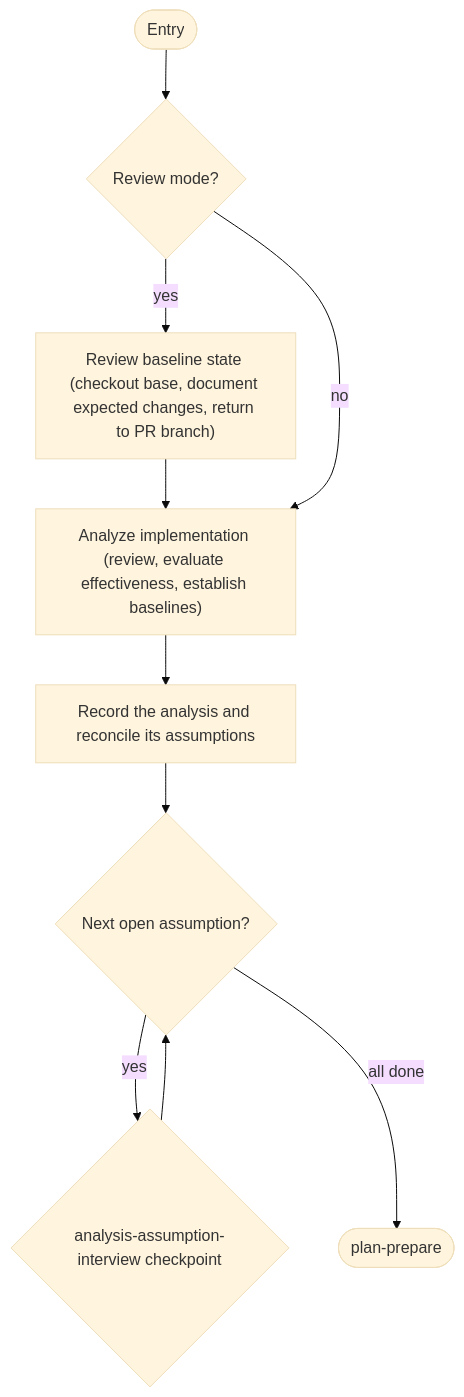
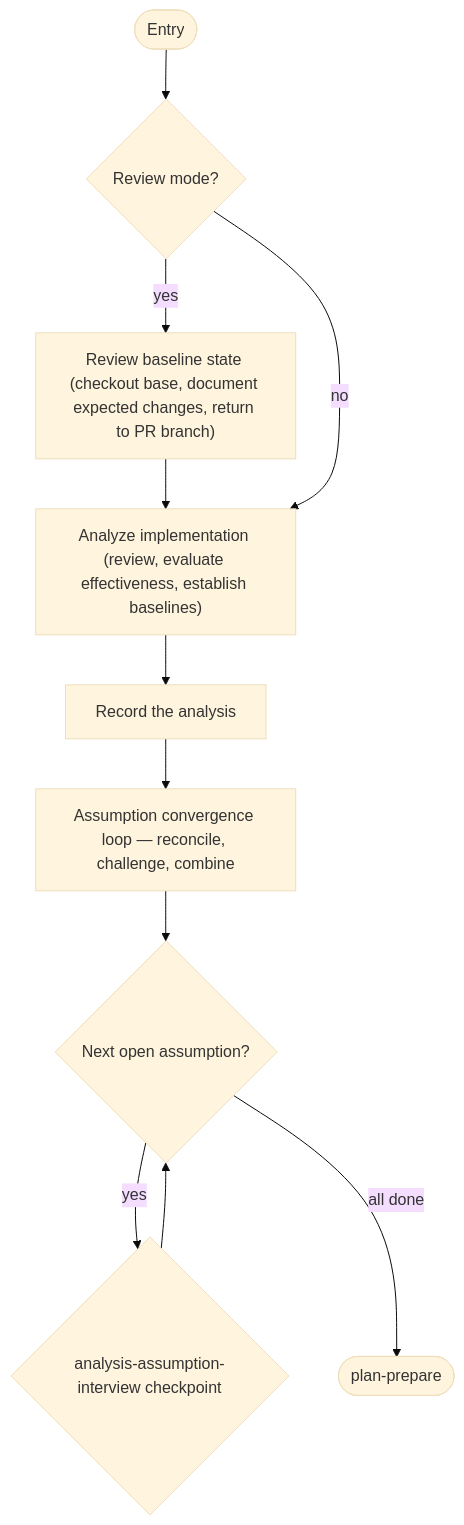
The sixth of 15 diagrams in work-package/activities/README.md (m2ux/workflow-server), drawn with Mermaid (base theme) before and after one commit. The commit also changed other lines of this file and 1 other file, not shown here.

First line of the commit message:
Draw the workflow and activity diagrams from the binds

````diff
--- a/work-package/activities/README.md
+++ b/work-package/activities/README.md
@@ -160,14 +162,15 @@
 ```mermaid
 graph TD
     entryNode(["Entry"]) --> reviewMode{"Review mode?"}
     reviewMode -->|"yes"| reviewBaseline["Review baseline state (checkout base, document expected changes, return to PR branch)"]
     reviewBaseline --> reviewImpl
     reviewMode -->|"no"| reviewImpl["Analyze implementation (review, evaluate effectiveness, establish baselines)"]
 
-    reviewImpl --> recordAnalysis["Record the analysis and reconcile its assumptions"]
+    reviewImpl --> recordAnalysis["Record the analysis"]
+    recordAnalysis --> converge["Assumption convergence loop — reconcile, challenge, combine"]
 
-    recordAnalysis --> interviewLoop{"Next open assumption?"}
+    converge --> interviewLoop{"Next open assumption?"}
     interviewLoop -->|"yes"| cpInterview{"analysis-assumption-interview checkpoint"}
     cpInterview --> interviewLoop
     interviewLoop -->|"all done"| exitNode(["plan-prepare"])
 ```
````
